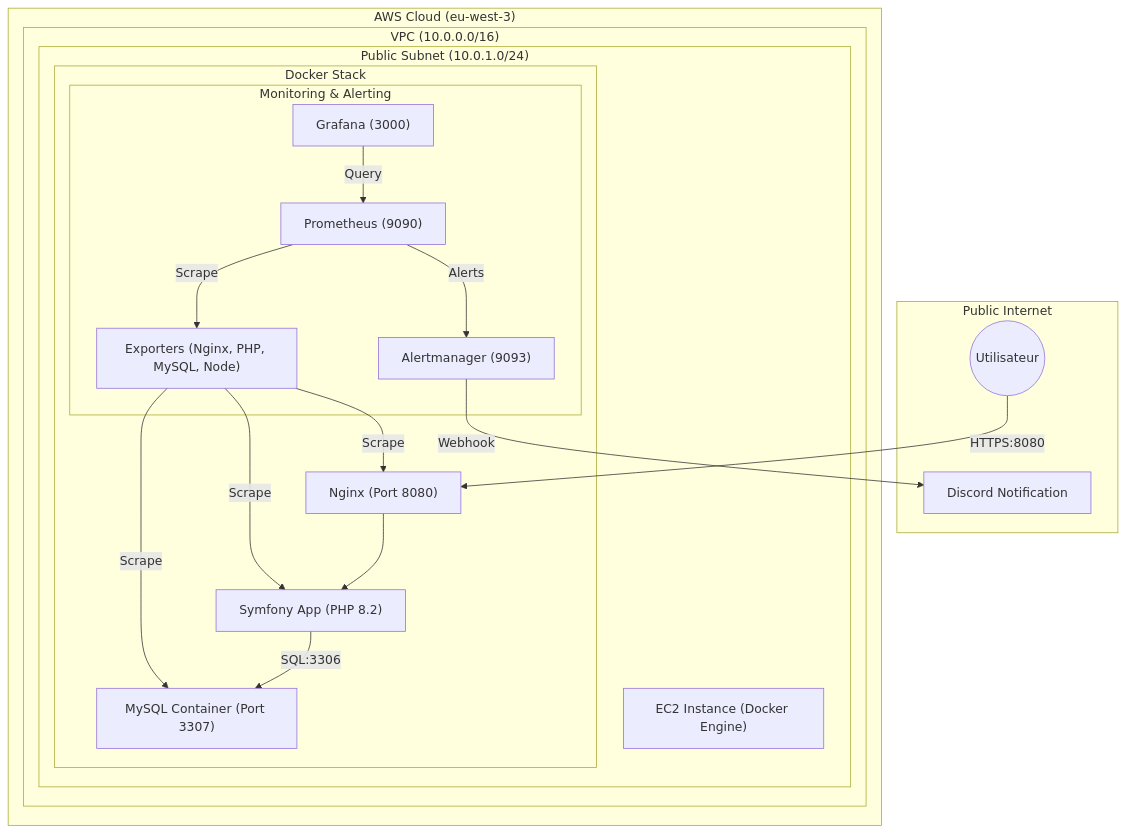
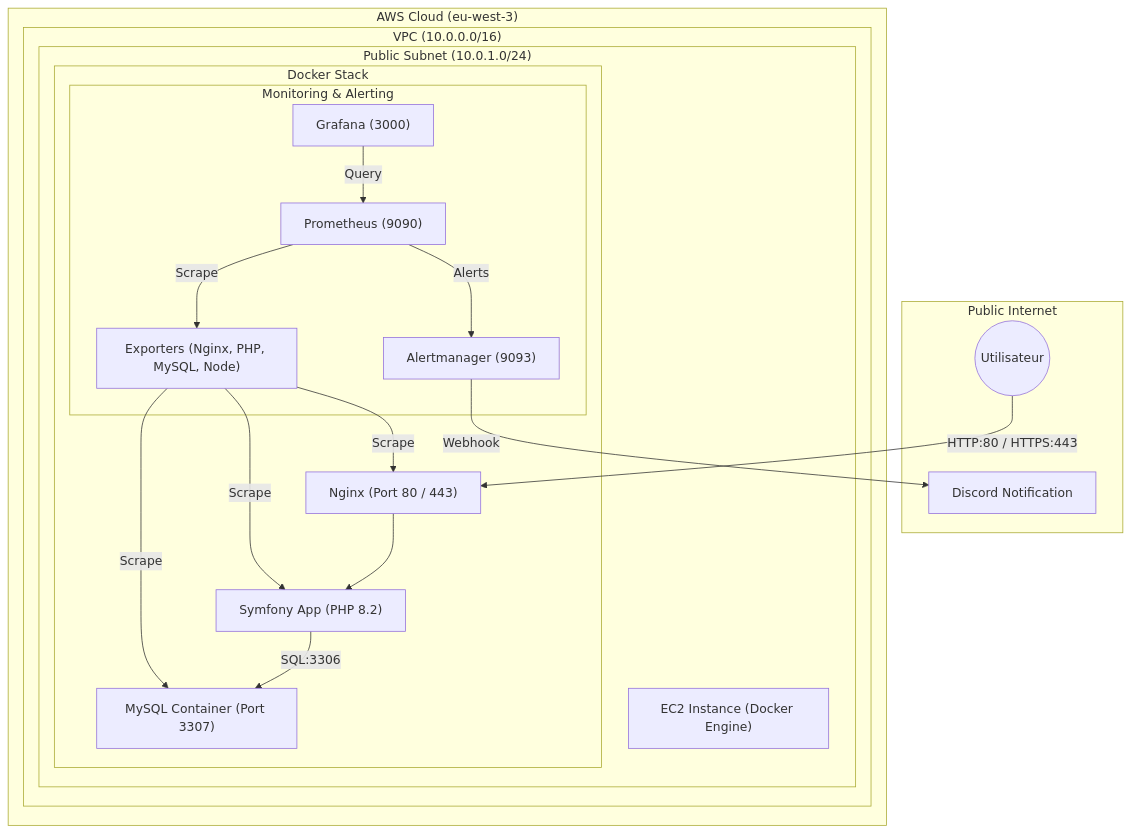
Before and after one commit to ArmSal/les-saveurs-du-jardin: the first of 2 diagrams in docs/architecture_schema.md, drawn with Mermaid. The commit also changed 5 other files, not shown here.

````diff
--- a/docs/architecture_schema.md
+++ b/docs/architecture_schema.md
@@ -8,41 +8,41 @@
 ```mermaid
 graph TD
   subgraph "Public Internet"
     User((Utilisateur))
     Discord[Discord Notification]
   end
 
   subgraph "AWS Cloud (eu-west-3)"
     subgraph "VPC (10.0.0.0/16)"
       subgraph "Public Subnet (10.0.1.0/24)"
         EC2["EC2 Instance (Docker Engine)"]
         
         subgraph "Docker Stack"
-          NGINX["Nginx (Port 8080)"]
+          NGINX["Nginx (Port 80 / 443)"]
           APP["Symfony App (PHP 8.2)"]
           DB_SVC["MySQL Container (Port 3307)"]
           
           subgraph "Monitoring & Alerting"
             PROM["Prometheus (9090)"]
             GRAF["Grafana (3000)"]
             AM["Alertmanager (9093)"]
             EXP["Exporters (Nginx, PHP, MySQL, Node)"]
           end
         end
       end
     end
   end
 
-  User -->|HTTPS:8080| NGINX
+  User -->|HTTP:80 / HTTPS:443| NGINX
   NGINX --> APP
   APP -->|SQL:3306| DB_SVC
   
   EXP -->|Scrape| NGINX
   EXP -->|Scrape| APP
   EXP -->|Scrape| DB_SVC
   PROM -->|Scrape| EXP
   
   GRAF -->|Query| PROM
   PROM -->|Alerts| AM
   AM -->|Webhook| Discord
 ```
````
